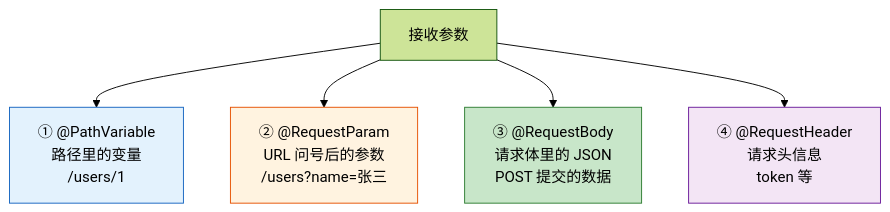
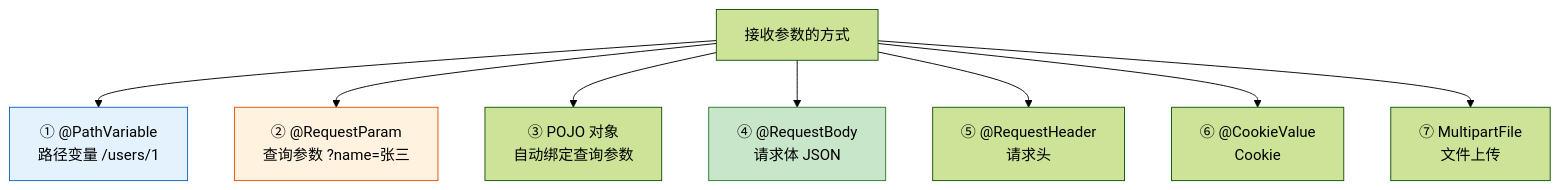
Before and after one commit to zerioo1970/summary: the seventh of 17 diagrams in spring-boot-3.5-学习资料/06-Web开发-Controller与RESTful.md, drawn with Mermaid (forest theme). The commit also changed other lines of this file and 1 other file, not shown here.

````diff
--- a/spring-boot-3.5-学习资料/06-Web开发-Controller与RESTful.md
+++ b/spring-boot-3.5-学习资料/06-Web开发-Controller与RESTful.md
@@ -95,12 +244,14 @@
 ```mermaid
 flowchart TD
-    A[接收参数] --> B["① @PathVariable<br/>路径里的变量<br/>/users/1"]
-    A --> C["② @RequestParam<br/>URL 问号后的参数<br/>/users?name=张三"]
-    A --> D["③ @RequestBody<br/>请求体里的 JSON<br/>POST 提交的数据"]
-    A --> E["④ @RequestHeader<br/>请求头信息<br/>token 等"]
+    A[接收参数的方式] --> B["① @PathVariable<br/>路径变量 /users/1"]
+    A --> C["② @RequestParam<br/>查询参数 ?name=张三"]
+    A --> D["③ POJO 对象<br/>自动绑定查询参数"]
+    A --> E["④ @RequestBody<br/>请求体 JSON"]
+    A --> F["⑤ @RequestHeader<br/>请求头"]
+    A --> G["⑥ @CookieValue<br/>Cookie"]
+    A --> H["⑦ MultipartFile<br/>文件上传"]
 
     style B fill:#e3f2fd,stroke:#1565c0
     style C fill:#fff3e0,stroke:#e65100
-    style D fill:#c8e6c9,stroke:#2e7d32
-    style E fill:#f3e5f5,stroke:#6a1b9a
+    style E fill:#c8e6c9,stroke:#2e7d32
 ```
````
